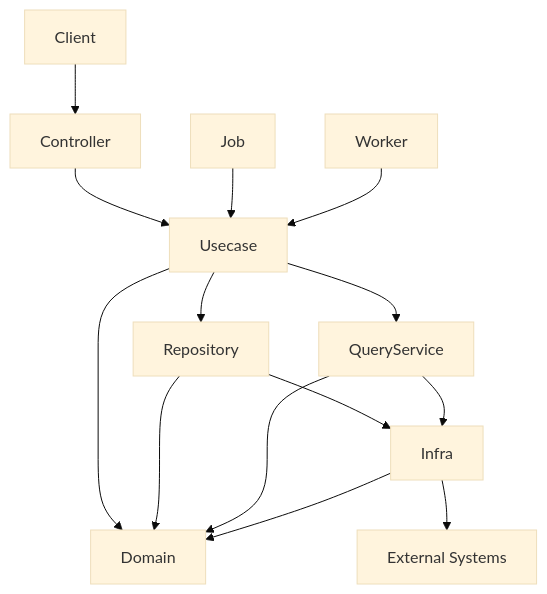
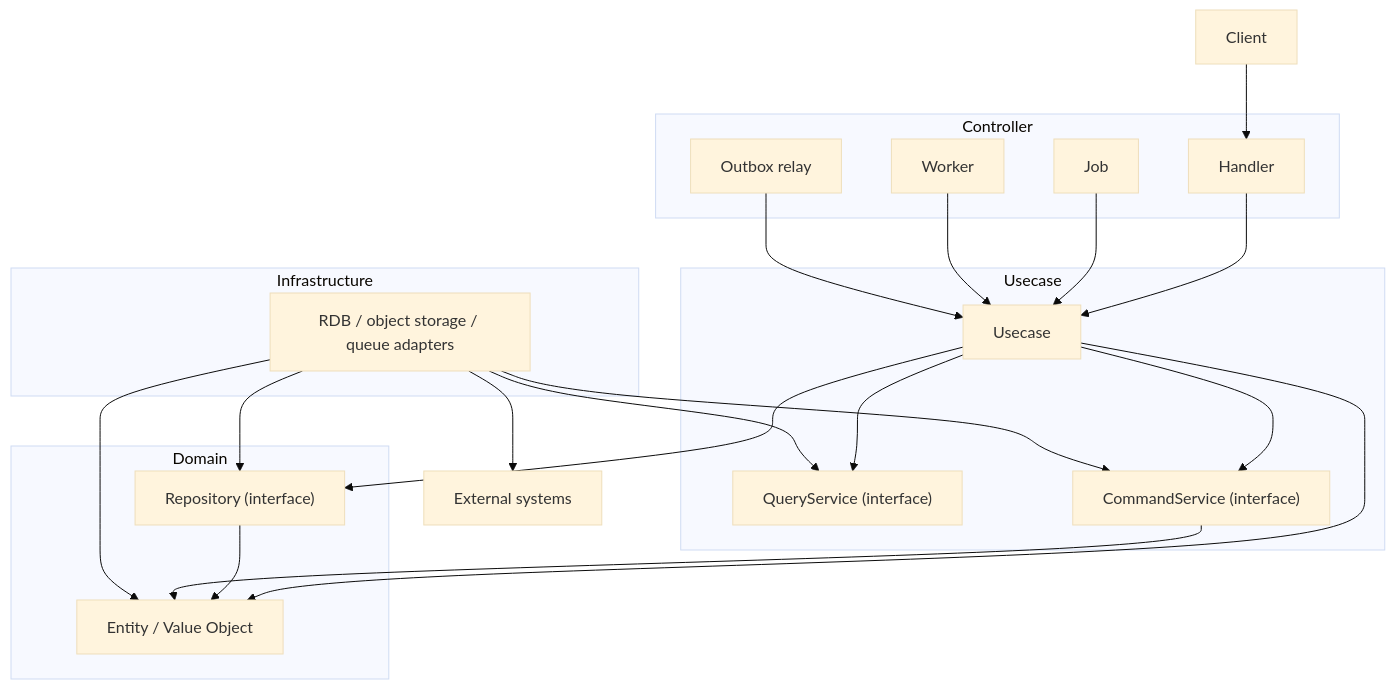
One commit to Tomy-ch/go-boilerplate changed the diagram in README.md. Above: the diagram before and after it, drawn with Mermaid (base theme). The commit also changed other lines of this file and 1 other file, not shown here.

First line of the commit message:
Docs: README に設計思想を追加し構成図とマップを実体へ同期する

````diff
--- a/README.md
+++ b/README.md
@@ -116,21 +119,50 @@
 ```mermaid
 flowchart TB
 
-Client --> Controller
-Controller --> Usecase
+Client
+
+subgraph controller["Controller"]
+    Handler
+    Job
+    Worker
+    OutboxRelay["Outbox relay"]
+end
+
+subgraph usecase["Usecase"]
+    Usecase
+    QueryService["QueryService (interface)"]
+    CommandService["CommandService (interface)"]
+end
+
+subgraph domain["Domain"]
+    Domain["Entity / Value Object"]
+    Repository["Repository (interface)"]
+end
+
+subgraph infrastructure["Infrastructure"]
+    Infra["RDB / object storage / queue adapters"]
+end
+
+External["External systems"]
+
+Client --> Handler
+
+Handler --> Usecase
 Job --> Usecase
 Worker --> Usecase
+OutboxRelay --> Usecase
 
 Usecase --> Domain
 Usecase --> Repository
 Usecase --> QueryService
+Usecase --> CommandService
 
 Repository --> Domain
-QueryService --> Domain
+CommandService --> Domain
 
-Repository --> Infra
-QueryService --> Infra
-
+Infra --> Repository
+Infra --> QueryService
+Infra --> CommandService
 Infra --> Domain
-Infra --> External["External Systems"]
+Infra --> External
 ```
````
